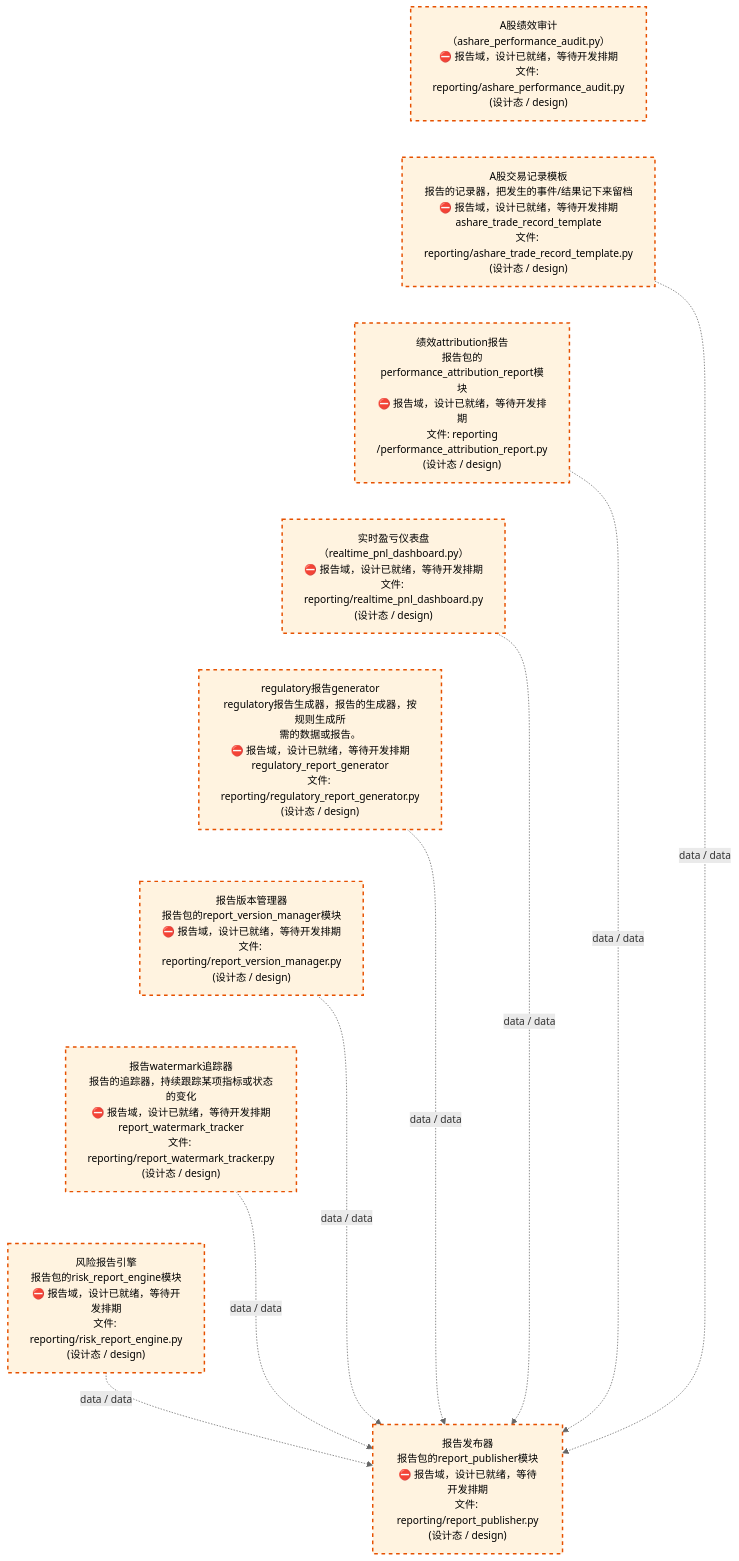
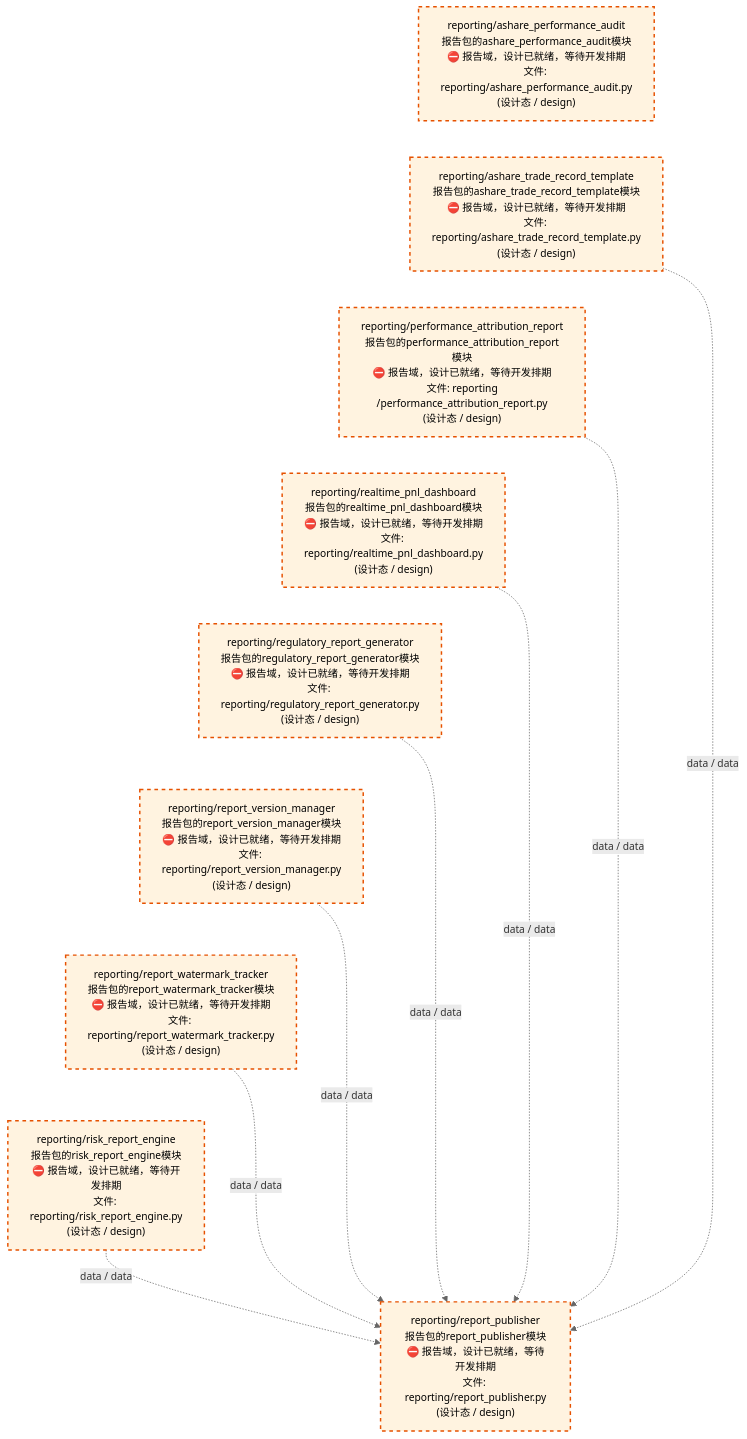
The third of 4 diagrams in docs/02_enterprise_architecture/02_domain_architecture_docs/26_d_reporting.md (xuanFelixVan/ZephyrAlpha), drawn with Mermaid before and after one commit. The commit also changed other lines of this file and 58 other files, not shown here.

````diff
--- a/docs/02_enterprise_architecture/02_domain_architecture_docs/26_d_reporting.md
+++ b/docs/02_enterprise_architecture/02_domain_architecture_docs/26_d_reporting.md
@@ -137,32 +137,32 @@
 ```mermaid
 %%{init: {'theme': 'base', 'themeVariables': {'primaryColor': '#eaeaea', 'primaryTextColor': '#333333', 'primaryBorderColor': '#666666', 'lineColor': '#666666', 'secondaryColor': '#eaeaea', 'tertiaryColor': '#eaeaea', 'fontSize': '14px'}}}%%
 flowchart TD
-    src_zephyr_reporting_ashare_performance_audit_py["A股绩效审计<br/>（ashare_performance_audit.py）<br/>⛔ 报告域，设计已就绪，等待开发排期<br/>文件: reporting/ashare_performance_audit.py<br/>(设计态 / design)"]
-    src_zephyr_reporting_ashare_trade_record_template_py["A股交易记录模板<br/>报告的记录器，把发生的事件/结果记下来留档<br/>⛔ 报告域，设计已就绪，等待开发排期<br/>ashare_trade_record_template<br/>文件: reporting/ashare_trade_record_template.py<br/>(设计态 / design)"]
-    src_zephyr_reporting_performance_attribution_report_py["绩效attribution报告<br/>报告包的performance_attribution_report模块<br/>⛔ 报告域，设计已就绪，等待开发排期<br/>文件: reporting<br/>/performance_attribution_report.py<br/>(设计态 / design)"]
-    src_zephyr_reporting_realtime_pnl_dashboard_py["实时盈亏仪表盘<br/>（realtime_pnl_dashboard.py）<br/>⛔ 报告域，设计已就绪，等待开发排期<br/>文件: reporting/realtime_pnl_dashboard.py<br/>(设计态 / design)"]
-    src_zephyr_reporting_regulatory_report_generator_py["regulatory报告generator<br/>regulatory报告生成器，报告的生成器，按规则生成所<br/>需的数据或报告。<br/>⛔ 报告域，设计已就绪，等待开发排期<br/>regulatory_report_generator<br/>文件: reporting/regulatory_report_generator.py<br/>(设计态 / design)"]
-    src_zephyr_reporting_report_version_manager_py["报告版本管理器<br/>报告包的report_version_manager模块<br/>⛔ 报告域，设计已就绪，等待开发排期<br/>文件: reporting/report_version_manager.py<br/>(设计态 / design)"]
-    src_zephyr_reporting_report_watermark_tracker_py["报告watermark追踪器<br/>报告的追踪器，持续跟踪某项指标或状态的变化<br/>⛔ 报告域，设计已就绪，等待开发排期<br/>report_watermark_tracker<br/>文件: reporting/report_watermark_tracker.py<br/>(设计态 / design)"]
-    src_zephyr_reporting_risk_report_engine_py["风险报告引擎<br/>报告包的risk_report_engine模块<br/>⛔ 报告域，设计已就绪，等待开发排期<br/>文件: reporting/risk_report_engine.py<br/>(设计态 / design)"]
+    src_zephyr_reporting_ashare_performance_audit_py["reporting/ashare_performance_audit<br/>报告包的ashare_performance_audit模块<br/>⛔ 报告域，设计已就绪，等待开发排期<br/>文件: reporting/ashare_performance_audit.py<br/>(设计态 / design)"]
+    src_zephyr_reporting_ashare_trade_record_template_py["reporting/ashare_trade_record_template<br/>报告包的ashare_trade_record_template模块<br/>⛔ 报告域，设计已就绪，等待开发排期<br/>文件: reporting/ashare_trade_record_template.py<br/>(设计态 / design)"]
+    src_zephyr_reporting_performance_attribution_report_py["reporting/performance_attribution_report<br/>报告包的performance_attribution_report模块<br/>⛔ 报告域，设计已就绪，等待开发排期<br/>文件: reporting<br/>/performance_attribution_report.py<br/>(设计态 / design)"]
+    src_zephyr_reporting_realtime_pnl_dashboard_py["reporting/realtime_pnl_dashboard<br/>报告包的realtime_pnl_dashboard模块<br/>⛔ 报告域，设计已就绪，等待开发排期<br/>文件: reporting/realtime_pnl_dashboard.py<br/>(设计态 / design)"]
+    src_zephyr_reporting_regulatory_report_generator_py["reporting/regulatory_report_generator<br/>报告包的regulatory_report_generator模块<br/>⛔ 报告域，设计已就绪，等待开发排期<br/>文件: reporting/regulatory_report_generator.py<br/>(设计态 / design)"]
+    src_zephyr_reporting_report_version_manager_py["reporting/report_version_manager<br/>报告包的report_version_manager模块<br/>⛔ 报告域，设计已就绪，等待开发排期<br/>文件: reporting/report_version_manager.py<br/>(设计态 / design)"]
+    src_zephyr_reporting_report_watermark_tracker_py["reporting/report_watermark_tracker<br/>报告包的report_watermark_tracker模块<br/>⛔ 报告域，设计已就绪，等待开发排期<br/>文件: reporting/report_watermark_tracker.py<br/>(设计态 / design)"]
+    src_zephyr_reporting_risk_report_engine_py["reporting/risk_report_engine<br/>报告包的risk_report_engine模块<br/>⛔ 报告域，设计已就绪，等待开发排期<br/>文件: reporting/risk_report_engine.py<br/>(设计态 / design)"]
     src_zephyr_reporting_ashare_performance_audit_py ~~~ src_zephyr_reporting_ashare_trade_record_template_py
     src_zephyr_reporting_ashare_trade_record_template_py ~~~ src_zephyr_reporting_performance_attribution_report_py
     src_zephyr_reporting_performance_attribution_report_py ~~~ src_zephyr_reporting_realtime_pnl_dashboard_py
     src_zephyr_reporting_realtime_pnl_dashboard_py ~~~ src_zephyr_reporting_regulatory_report_generator_py
     src_zephyr_reporting_regulatory_report_generator_py ~~~ src_zephyr_reporting_report_version_manager_py
     src_zephyr_reporting_report_version_manager_py ~~~ src_zephyr_reporting_report_watermark_tracker_py
     src_zephyr_reporting_report_watermark_tracker_py ~~~ src_zephyr_reporting_risk_report_engine_py
-    src_zephyr_reporting_report_publisher_py["报告发布器<br/>报告包的report_publisher模块<br/>⛔ 报告域，设计已就绪，等待开发排期<br/>文件: reporting/report_publisher.py<br/>(设计态 / design)"]
+    src_zephyr_reporting_report_publisher_py["reporting/report_publisher<br/>报告包的report_publisher模块<br/>⛔ 报告域，设计已就绪，等待开发排期<br/>文件: reporting/report_publisher.py<br/>(设计态 / design)"]
     src_zephyr_reporting_ashare_trade_record_template_py -.->|data / data| src_zephyr_reporting_report_publisher_py
     src_zephyr_reporting_realtime_pnl_dashboard_py -.->|data / data| src_zephyr_reporting_report_publisher_py
     src_zephyr_reporting_regulatory_report_generator_py -.->|data / data| src_zephyr_reporting_report_publisher_py
     src_zephyr_reporting_risk_report_engine_py -.->|data / data| src_zephyr_reporting_report_publisher_py
     src_zephyr_reporting_report_version_manager_py -.->|data / data| src_zephyr_reporting_report_publisher_py
     src_zephyr_reporting_performance_attribution_report_py -.->|data / data| src_zephyr_reporting_report_publisher_py
     src_zephyr_reporting_report_watermark_tracker_py -.->|data / data| src_zephyr_reporting_report_publisher_py
     classDef production fill:#e1f5fe,stroke:#01579b,stroke-width:2px,color:#000
     classDef design fill:#fff3e0,stroke:#e65100,stroke-width:2px,color:#000,stroke-dasharray: 5 5
     classDef external_prod fill:#e8f4fd,stroke:#0277bd,stroke-width:1px,color:#000
     classDef external_design fill:#fff8e7,stroke:#ef6c00,stroke-width:1px,color:#000,stroke-dasharray: 5 5
     class src_zephyr_reporting_ashare_performance_audit_py,src_zephyr_reporting_ashare_trade_record_template_py,src_zephyr_reporting_performance_attribution_report_py,src_zephyr_reporting_realtime_pnl_dashboard_py,src_zephyr_reporting_regulatory_report_generator_py,src_zephyr_reporting_report_publisher_py,src_zephyr_reporting_report_version_manager_py,src_zephyr_reporting_report_watermark_tracker_py,src_zephyr_reporting_risk_report_engine_py design
 ```
````
